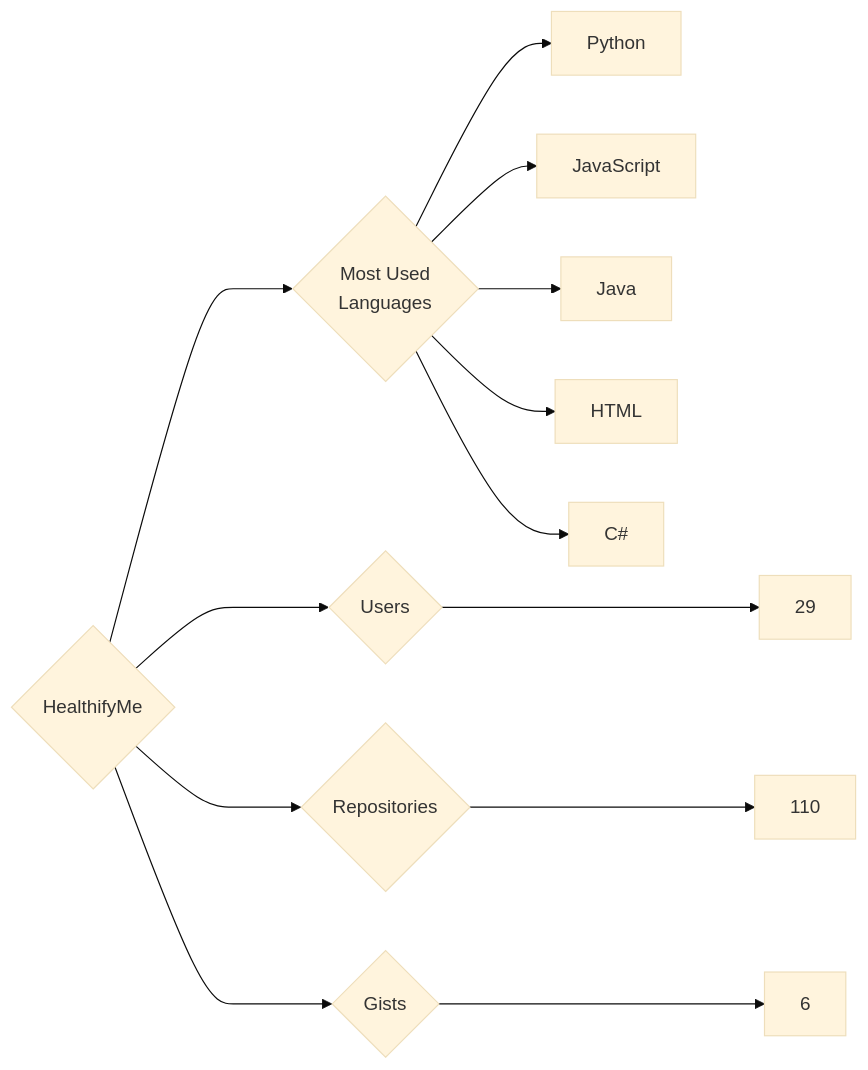
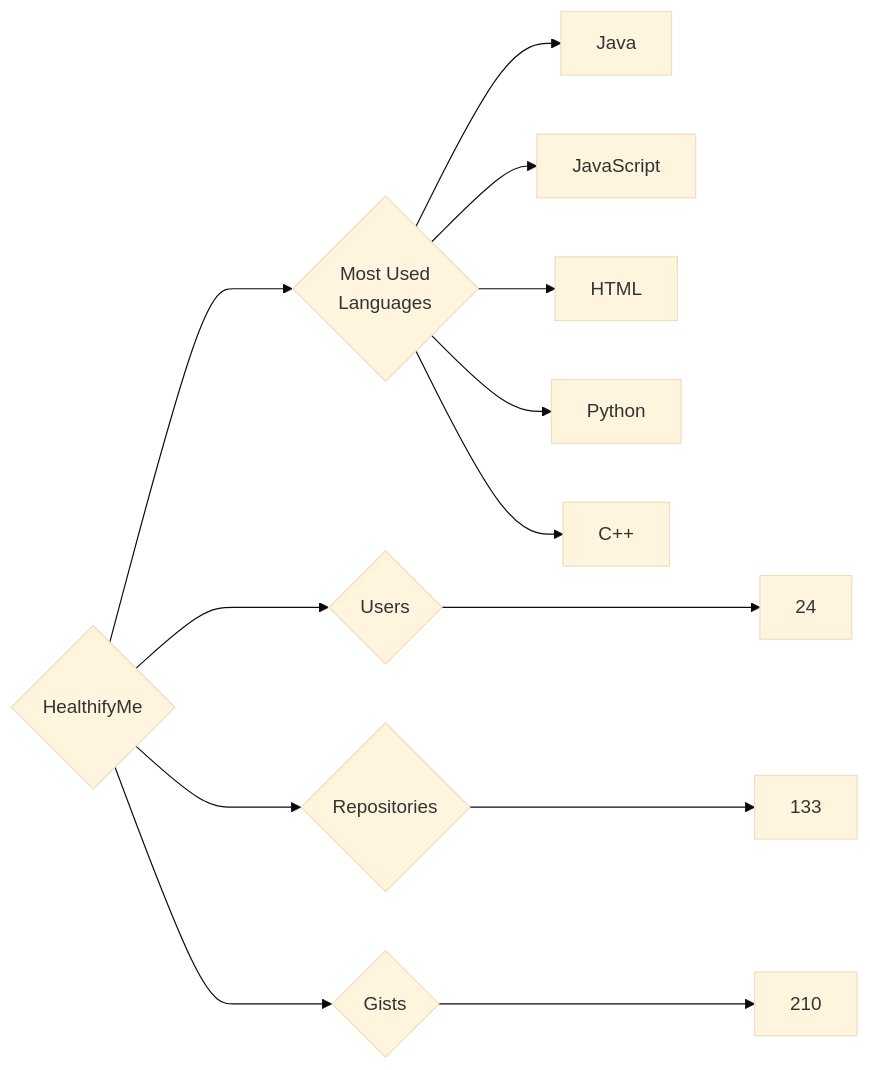
The diagram in targets/HealthifyMe/README.md (trickest/insiders), drawn with Mermaid (base theme) before and after one commit. The commit also changed 723 other files, not shown here.

````diff
--- a/targets/HealthifyMe/README.md
+++ b/targets/HealthifyMe/README.md
@@ -3,13 +3,13 @@
 ```mermaid
 graph LR
 COMPANY_NAME{HealthifyMe}
-COMPANY_NAME ---> U{Users} ---> UN[29]
-COMPANY_NAME ---> R{Repositories} ---> RN[110]
-COMPANY_NAME ---> G{Gists} ---> GN[6]
+COMPANY_NAME ---> U{Users} ---> UN[24]
+COMPANY_NAME ---> R{Repositories} ---> RN[133]
+COMPANY_NAME ---> G{Gists} ---> GN[210]
 COMPANY_NAME ---> ML{Most Used<br>Languages}
+ML --> Java[Java]
+ML --> JavaScript[JavaScript]
+ML --> HTML[HTML]
 ML --> Python[Python]
-ML --> JavaScript[JavaScript]
-ML --> Java[Java]
-ML --> HTML[HTML]
-ML --> C#[C#]
+ML --> C++[C++]
 ```
````
